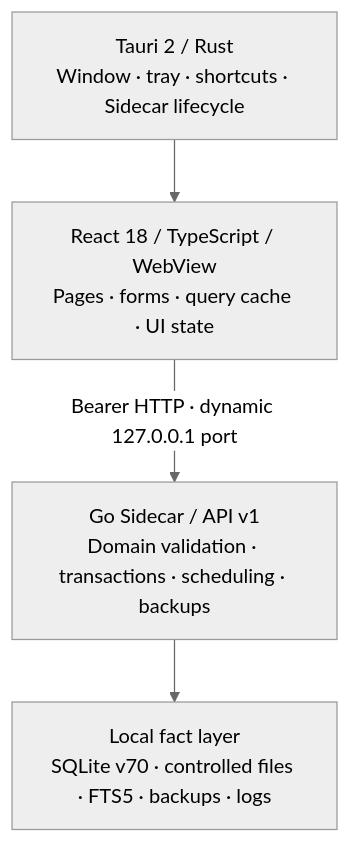
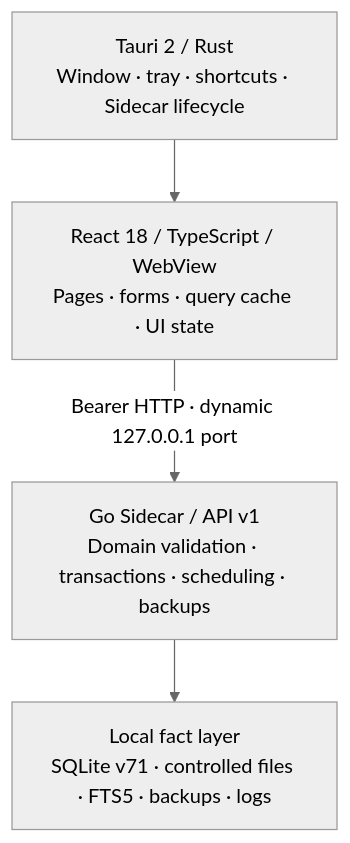
Before and after one commit to DingxinTao0417/opc-workspace: the diagram in README.en.md, drawn with Mermaid (neutral theme). The commit also changed other lines of this file and 90 other files, not shown here.

````diff
--- a/README.en.md
+++ b/README.en.md
@@ -128,11 +128,11 @@
 ```mermaid
 flowchart TB
     Desktop["Tauri 2 / Rust<br/>Window · tray · shortcuts · Sidecar lifecycle"]
     Web["React 18 / TypeScript / WebView<br/>Pages · forms · query cache · UI state"]
     API["Go Sidecar / API v1<br/>Domain validation · transactions · scheduling · backups"]
-    Data["Local fact layer<br/>SQLite v70 · controlled files · FTS5 · backups · logs"]
+    Data["Local fact layer<br/>SQLite v71 · controlled files · FTS5 · backups · logs"]
 
     Desktop --> Web
     Web -->|"Bearer HTTP · dynamic 127.0.0.1 port"| API
     API --> Data
 ```
````
